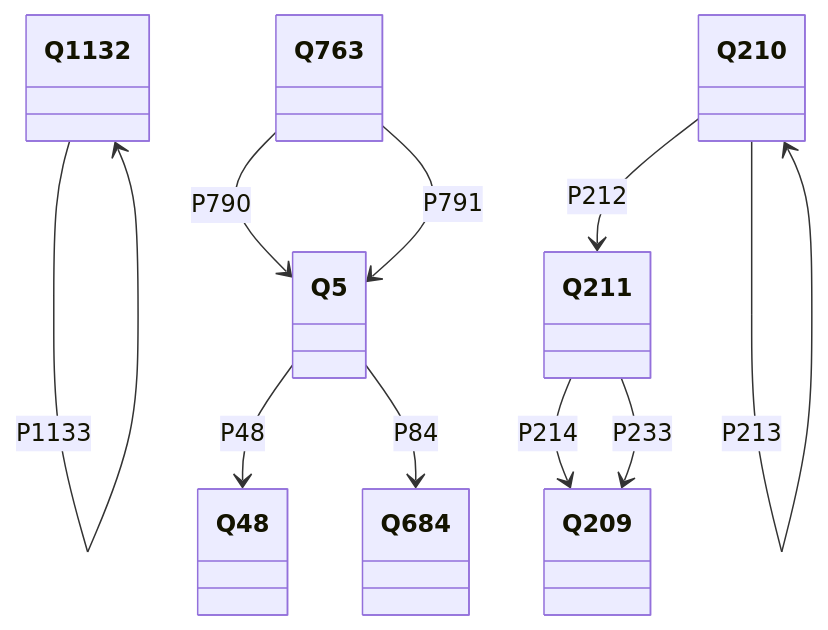
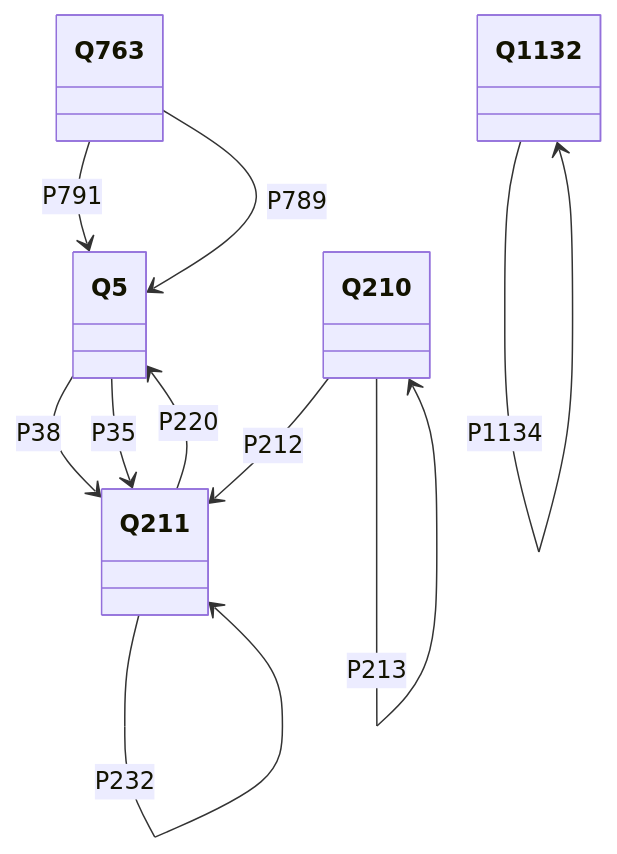
One commit to oeg-upm/Devos changed the diagram in output/ieswc_freq/ckgg.owl-freq-5-10.md. Above: the diagram before and after it, drawn with Mermaid. The commit also changed 206 other files, not shown here.

````diff
--- a/output/ieswc_freq/ckgg.owl-freq-5-10.md
+++ b/output/ieswc_freq/ckgg.owl-freq-5-10.md
@@ -1,47 +1,47 @@
 ```mermaid
 	classDiagram
 
     
     class Q5 {
     
     }
 
     class Q211 {
     
     }
 
     class Q1132 {
     
     }
 
     class Q763 {
     
     }
 
     class Q210 {
     
     }
 
 
 
-Q763  --> Q5   :P790  
+Q211  --> Q211   :P232  
 
-Q5  --> Q48   :P48  
+Q211  --> Q5   :P220  
+
+Q763  --> Q5   :P791  
+
+Q5  --> Q211   :P38  
+
+Q763  --> Q5   :P789  
+
+Q5  --> Q211   :P35  
 
 Q210  --> Q211   :P212  
 
-Q5  --> Q684   :P84  
+Q210  --> Q210   :P213  
+
+Q1132  --> Q1132   :P1133  
 
 Q1132  --> Q1132   :P1134  
 
-Q211  --> Q209   :P214  
-
-Q211  --> Q209   :P233  
-
-Q1132  --> Q1132   :P1133  
-
-Q763  --> Q5   :P791  
-
-Q210  --> Q210   :P213  
-
 ```
````
